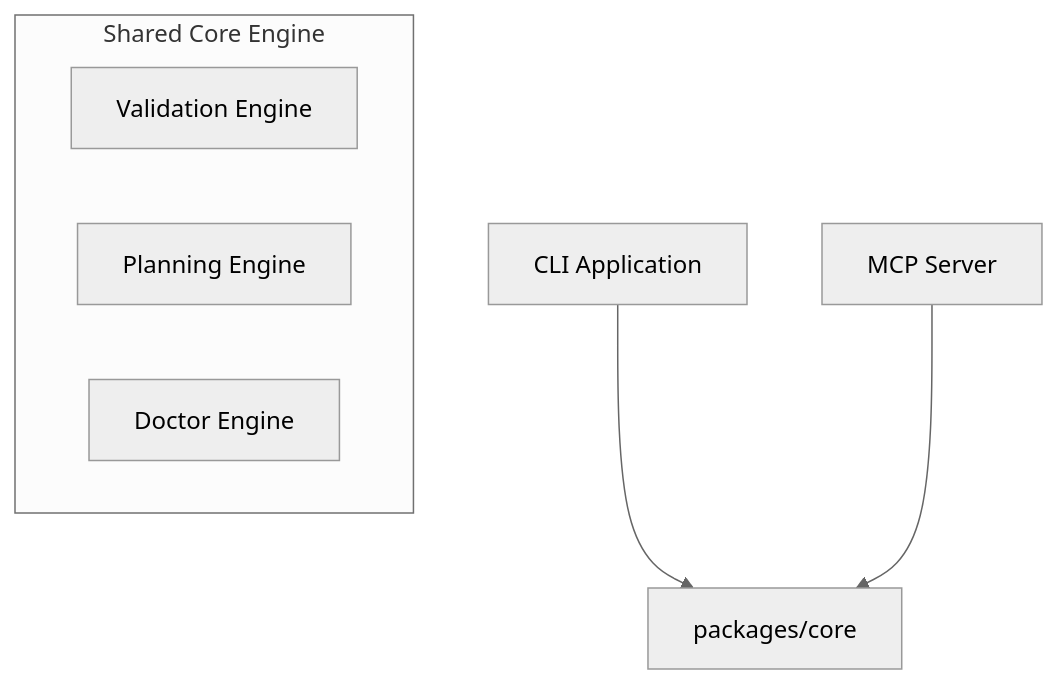
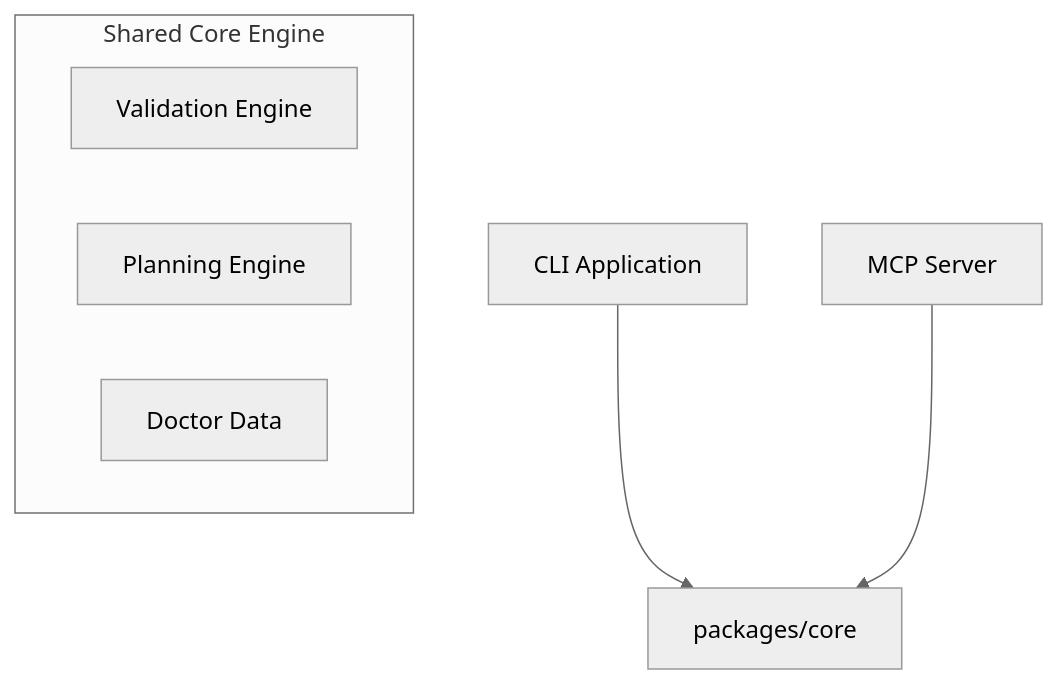
The diagram in docs/mcp_documentation.md (Ashish6298/Structify), drawn with Mermaid (neutral theme) before and after one commit. The commit also changed other lines of this file and 89 other files, not shown here.

Commit message:
feat: initialize core platform architecture with CLI scaffolding, project health analysis, and documentation (phase 4,6 completed) while doing rechecking

````diff
--- a/docs/mcp_documentation.md
+++ b/docs/mcp_documentation.md
@@ -11,11 +11,11 @@
 ```mermaid
 graph TD
     CLI[CLI Application] --> Core[packages/core]
     MCP[MCP Server] --> Core
 
     subgraph core[Shared Core Engine]
         Val[Validation Engine]
         Plan[Planning Engine]
-        Doc[Doctor Engine]
+        Doc[Doctor Data]
     end
 ```
````
